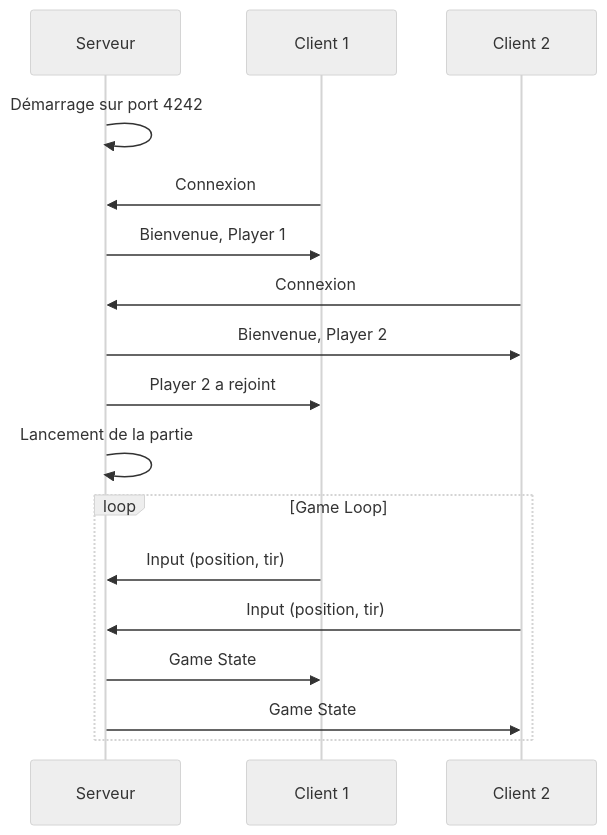
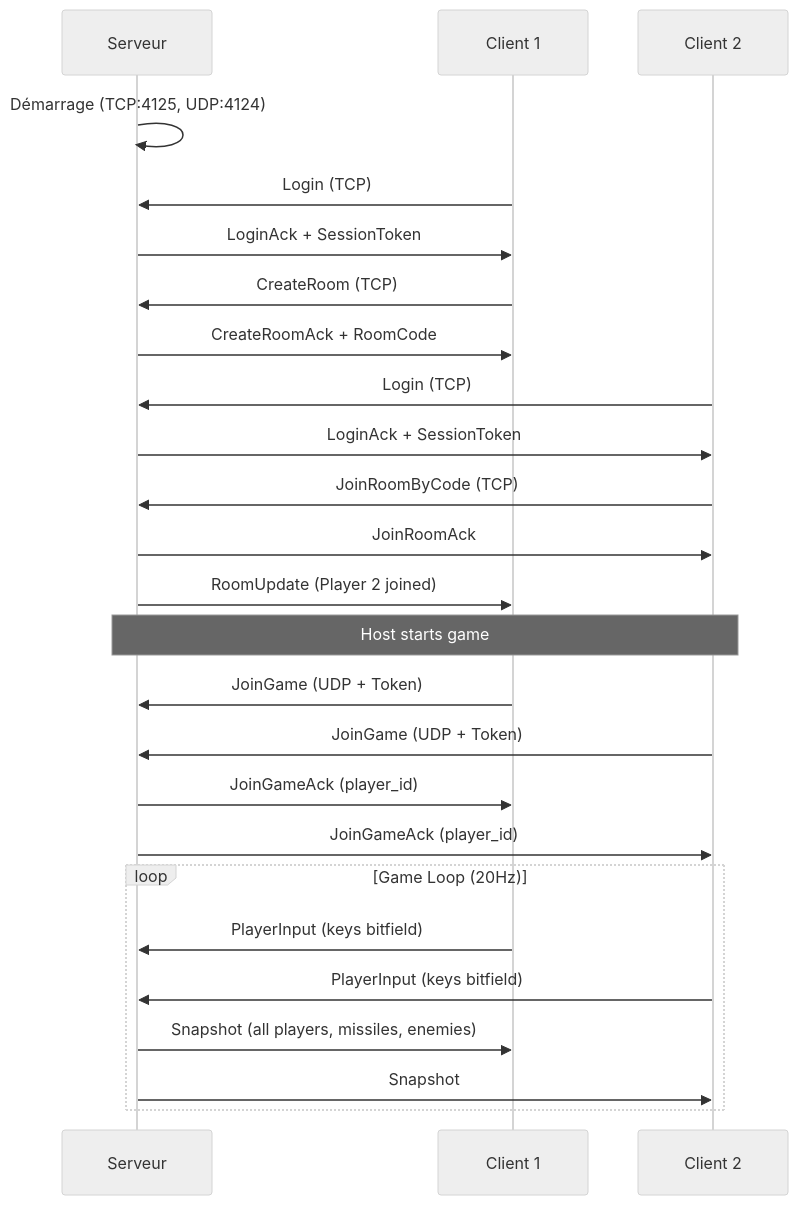
The diagram in docs/guide/quickstart.md (ChrisG-L/rtype), drawn with Mermaid (neutral theme) before and after one commit. The commit also changed other lines of this file and 4 other files, not shown here.

First line of the commit message:
Refactor documentation for gameplay, graphics abstraction, and networking

````diff
--- a/docs/guide/quickstart.md
+++ b/docs/guide/quickstart.md
@@ -135,20 +161,28 @@
 ```mermaid
 sequenceDiagram
     participant S as Serveur
     participant C1 as Client 1
     participant C2 as Client 2
 
-    S->>S: Démarrage sur port 4242
-    C1->>S: Connexion
-    S->>C1: Bienvenue, Player 1
-    C2->>S: Connexion
-    S->>C2: Bienvenue, Player 2
-    S->>C1: Player 2 a rejoint
-    S->>S: Lancement de la partie
-    loop Game Loop
-        C1->>S: Input (position, tir)
-        C2->>S: Input (position, tir)
-        S->>C1: Game State
-        S->>C2: Game State
+    S->>S: Démarrage (TCP:4125, UDP:4124)
+    C1->>S: Login (TCP)
+    S->>C1: LoginAck + SessionToken
+    C1->>S: CreateRoom (TCP)
+    S->>C1: CreateRoomAck + RoomCode
+    C2->>S: Login (TCP)
+    S->>C2: LoginAck + SessionToken
+    C2->>S: JoinRoomByCode (TCP)
+    S->>C2: JoinRoomAck
+    S->>C1: RoomUpdate (Player 2 joined)
+    Note over S,C2: Host starts game
+    C1->>S: JoinGame (UDP + Token)
+    C2->>S: JoinGame (UDP + Token)
+    S->>C1: JoinGameAck (player_id)
+    S->>C2: JoinGameAck (player_id)
+    loop Game Loop (20Hz)
+        C1->>S: PlayerInput (keys bitfield)
+        C2->>S: PlayerInput (keys bitfield)
+        S->>C1: Snapshot (all players, missiles, enemies)
+        S->>C2: Snapshot
     end
 ```
````
